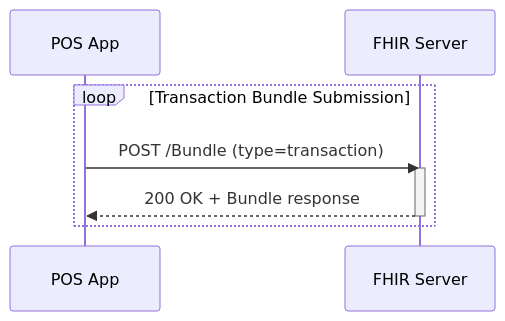
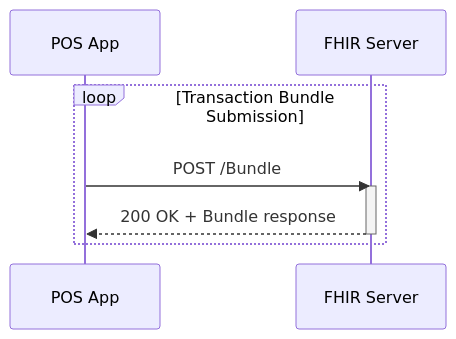
Before and after one commit to upmsilab/2025JuneFHIRConnectathon: the second of 2 diagrams in track-1/README.md, drawn with Mermaid. The commit also changed other lines of this file, not shown here.

````diff
--- a/track-1/README.md
+++ b/track-1/README.md
@@ -101,9 +127,9 @@
 ```mermaid
 sequenceDiagram
 loop Transaction Bundle Submission
-POS App->>FHIR Server: POST /Bundle (type=transaction)
+POS App->>FHIR Server: POST /Bundle
 activate FHIR Server
 FHIR Server-->>POS App: 200 OK + Bundle response
 deactivate FHIR Server
 end
 ```
````
